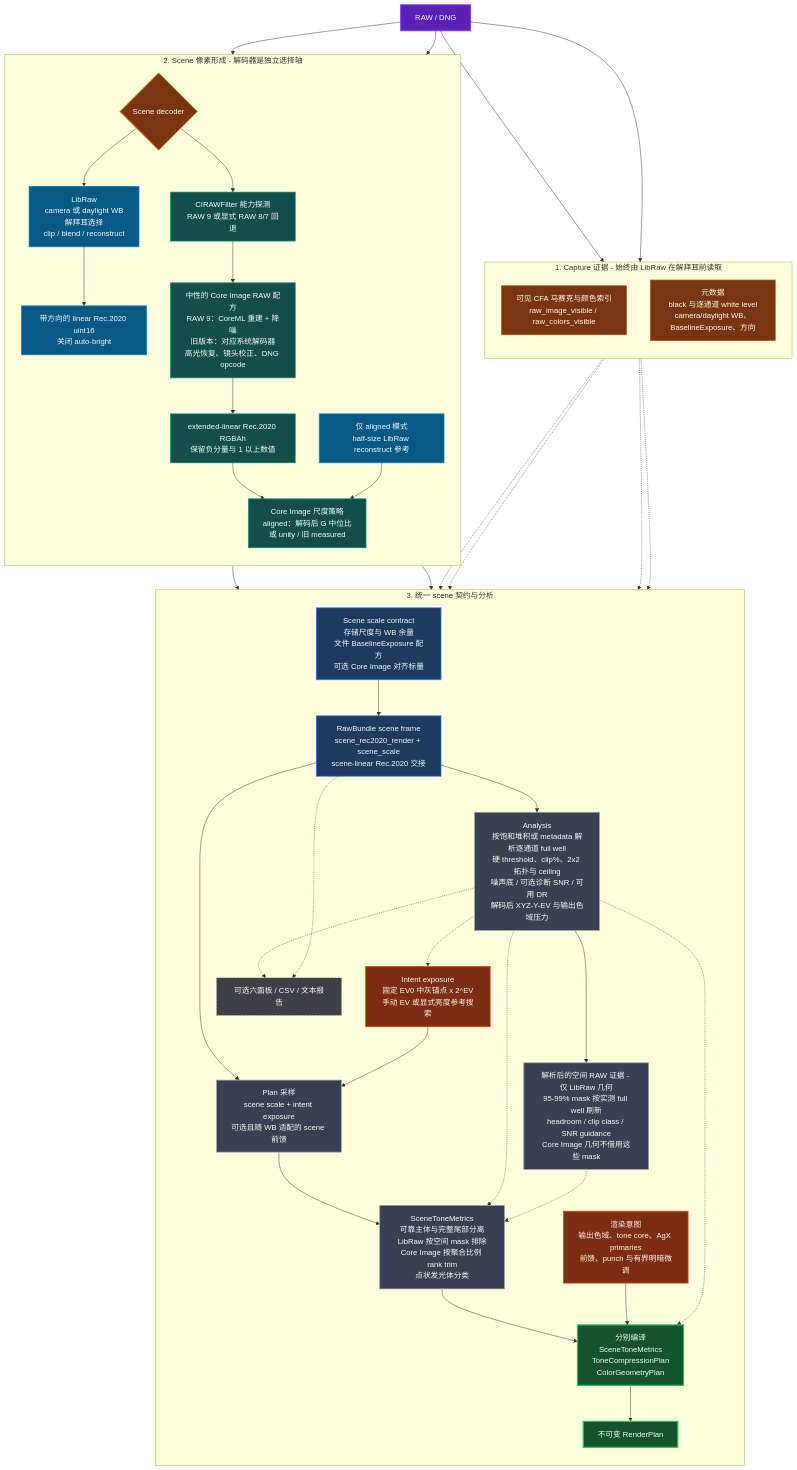
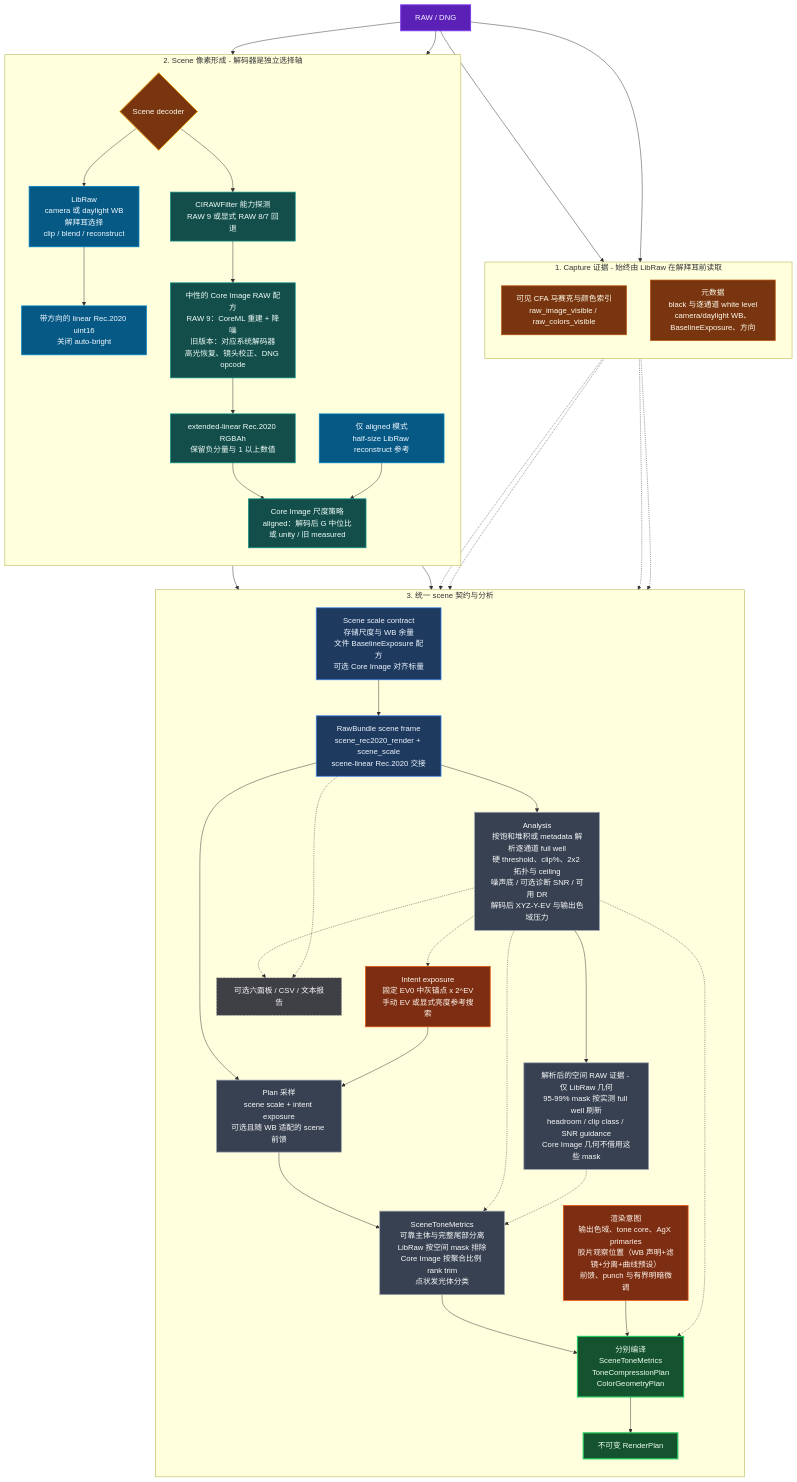
Before and after one commit to deadwood1998/dngscan: the first of 3 diagrams in README.zh-CN.md, drawn with Mermaid. The commit also changed other lines of this file and 3 other files, not shown here.

```diff
--- a/README.zh-CN.md
+++ b/README.zh-CN.md
@@ -190,7 +191,7 @@
         EV["Intent exposure<br/>固定 EV0 中灰锚点 x 2^EV<br/>手动 EV 或显式亮度参考搜索"]
         SAMPLE["Plan 采样<br/>scene scale + intent exposure<br/>可选且随 WB 适配的 scene 前馈"]
         METRICS["SceneToneMetrics<br/>可靠主体与完整尾部分离<br/>LibRaw 按空间 mask 排除<br/>Core Image 按聚合比例 rank trim<br/>点状发光体分类"]
-        CONTROLS["渲染意图<br/>输出色域、tone core、AgX primaries<br/>前馈、punch 与有界明暗微调"]
+        CONTROLS["渲染意图<br/>输出色域、tone core、AgX primaries<br/>胶片观察位置（WB 声明+滤镜+分离+曲线预设）<br/>前馈、punch 与有界明暗微调"]
         COMPILE["分别编译<br/>SceneToneMetrics<br/>ToneCompressionPlan<br/>ColorGeometryPlan"]
         PLAN["不可变 RenderPlan"]
         REPORTS["可选六面板 / CSV / 文本报告"]
```
